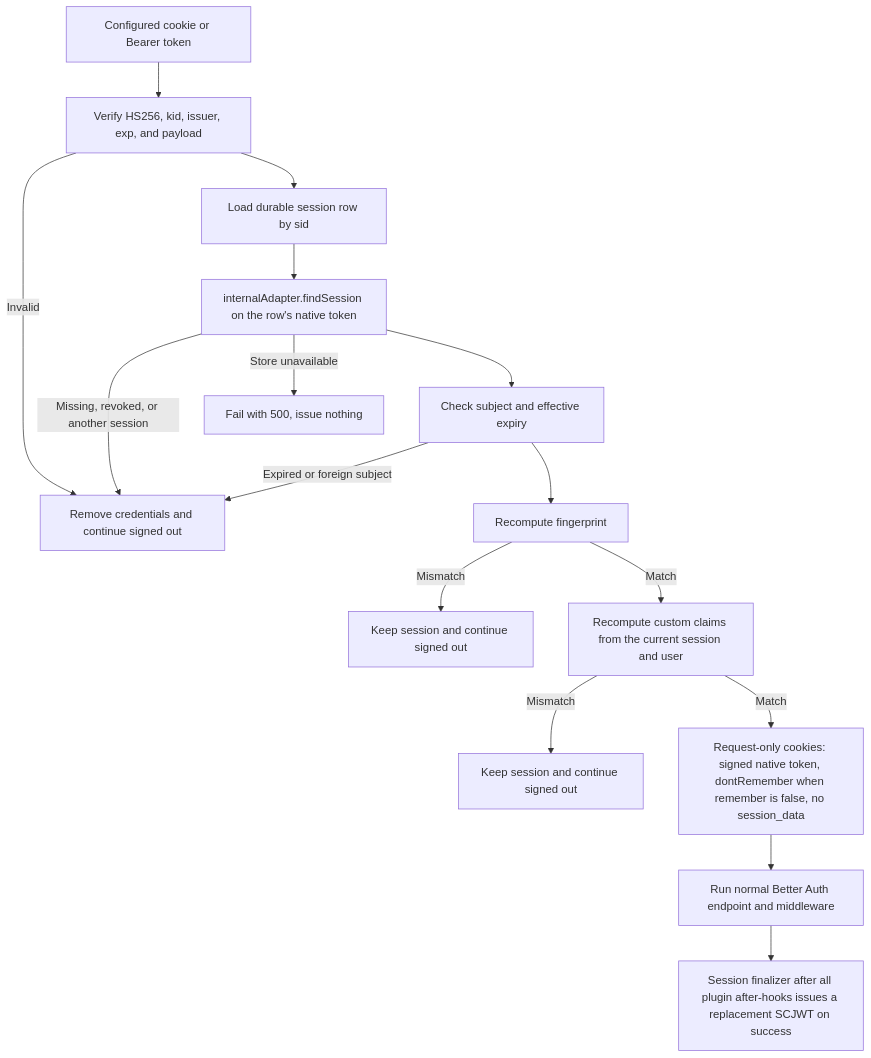
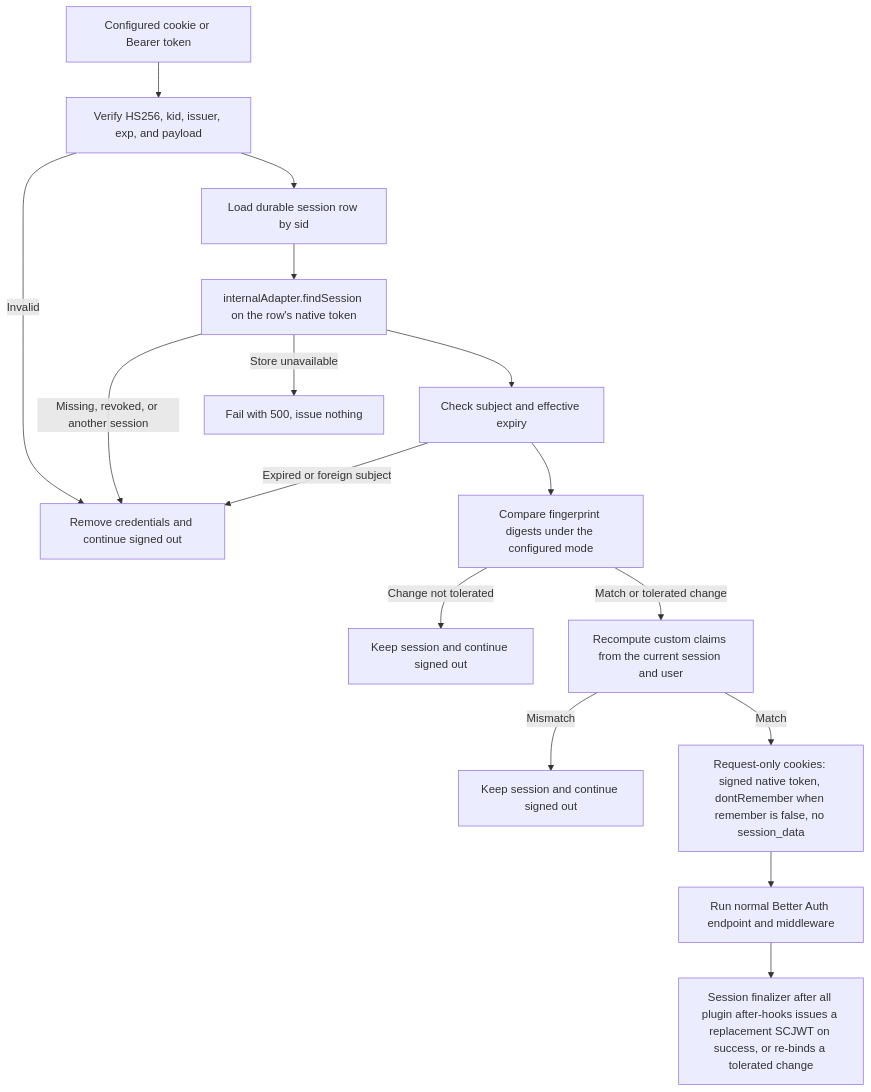
Before and after one commit to dark1zinn/better-auth-scjwt: the diagram in docs/README.md, drawn with Mermaid. The commit also changed other lines of this file and 16 other files, not shown here.

````diff
--- a/docs/README.md
+++ b/docs/README.md
@@ -21,18 +21,18 @@
 ```mermaid
 flowchart TD
   A[Configured cookie or Bearer token] --> B[Verify HS256, kid, issuer, exp, and payload]
   B -->|Invalid| X[Remove credentials and continue signed out]
   B --> C[Load durable session row by sid]
   C --> L[internalAdapter.findSession on the row's native token]
   L -->|Missing, revoked, or another session| X
   L -->|Store unavailable| Y[Fail with 500, issue nothing]
   L --> D[Check subject and effective expiry]
   D -->|Expired or foreign subject| X
-  D --> E[Recompute fingerprint]
-  E -->|Mismatch| F[Keep session and continue signed out]
-  E -->|Match| G[Recompute custom claims from the current session and user]
+  D --> E[Compare fingerprint digests under the configured mode]
+  E -->|Change not tolerated| F[Keep session and continue signed out]
+  E -->|Match or tolerated change| G[Recompute custom claims from the current session and user]
   G -->|Mismatch| H[Keep session and continue signed out]
   G -->|Match| I[Request-only cookies: signed native token, dontRemember when remember is false, no session_data]
   I --> J[Run normal Better Auth endpoint and middleware]
-  J --> K[Session finalizer after all plugin after-hooks issues a replacement SCJWT on success]
+  J --> K[Session finalizer after all plugin after-hooks issues a replacement SCJWT on success, or re-binds a tolerated change]
 ```
````
